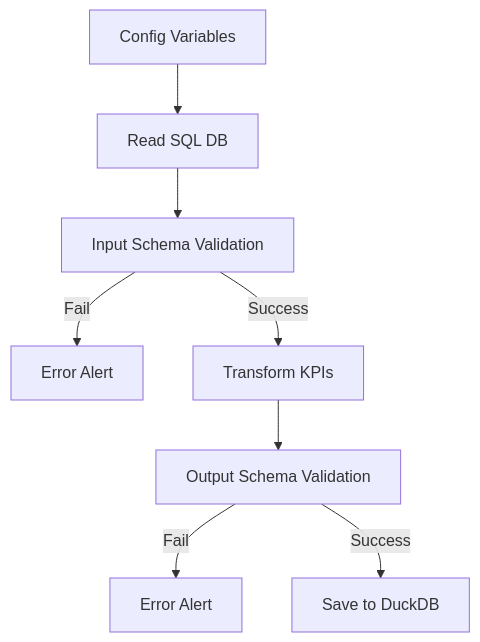
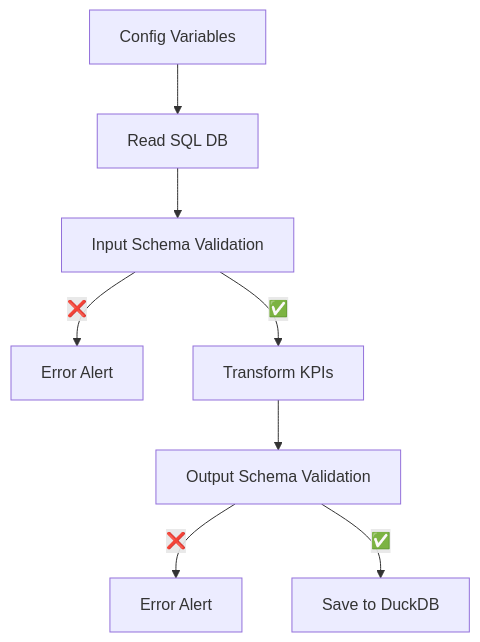
One commit to hcslomeu/portfolio-data-quality-pydantic-and-tdd changed the diagram in docs/index.md. Above: the diagram before and after it, drawn with Mermaid. The commit also changed 1 other file, not shown here.

Commit message:
docs with emojis

````diff
--- a/docs/index.md
+++ b/docs/index.md
@@ -10,10 +10,10 @@
 ```mermaid
 graph TD;
     A[Config Variables] --> B[Read SQL DB];
     B --> V[Input Schema Validation];
-    V -->|Fail| X[Error Alert];
-    V -->|Success| C[Transform KPIs];
+    V -->|❌| X[Error Alert];
+    V -->|✅| C[Transform KPIs];
     C --> Y[Output Schema Validation];
-    Y -->|Fail| Z[Error Alert];
-    Y -->|Success| D[Save to DuckDB];
+    Y -->|❌| Z[Error Alert];
+    Y -->|✅| D[Save to DuckDB];
 ```
````
